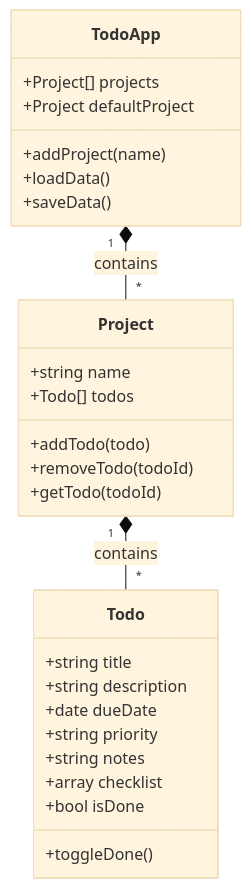
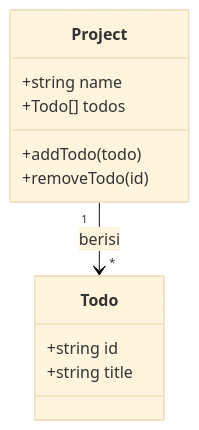
The third of 4 diagrams in docs/02-data-model.md (UlumDcode/odin-todo), drawn with Mermaid (base theme) before and after one commit. The commit also changed other lines of this file and 8 other files, not shown here.

Commit message:
membuat logic untuk membuat project dan todoList

````diff
--- a/docs/02-data-model.md
+++ b/docs/02-data-model.md
@@ -6,29 +135,14 @@
 ```mermaid
 classDiagram
-    class Todo {
-        +string title
-        +string description
-        +date dueDate
-        +string priority
-        +string notes
-        +array checklist
-        +bool isDone
-        +toggleDone()
-    }
     class Project {
         +string name
         +Todo[] todos
         +addTodo(todo)
-        +removeTodo(todoId)
-        +getTodo(todoId)
+        +removeTodo(id)
     }
-    class TodoApp {
-        +Project[] projects
-        +Project defaultProject
-        +addProject(name)
-        +loadData()
-        +saveData()
+    class Todo {
+        +string id
+        +string title
     }
-    TodoApp "1" *-- "*" Project : contains
-    Project "1" *-- "*" Todo : contains
+    Project "1" --> "*" Todo : berisi
 ```
````
